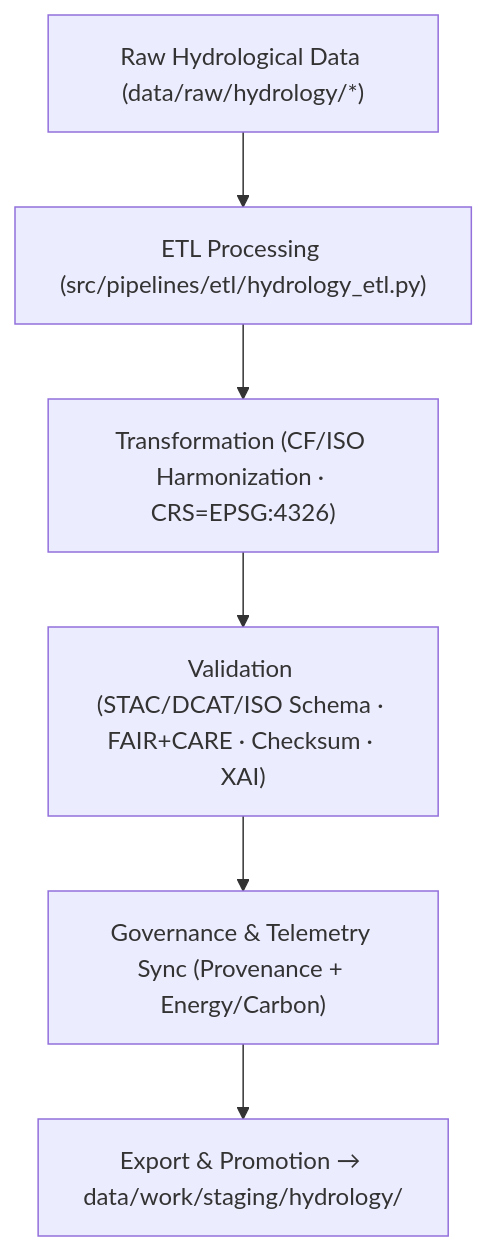
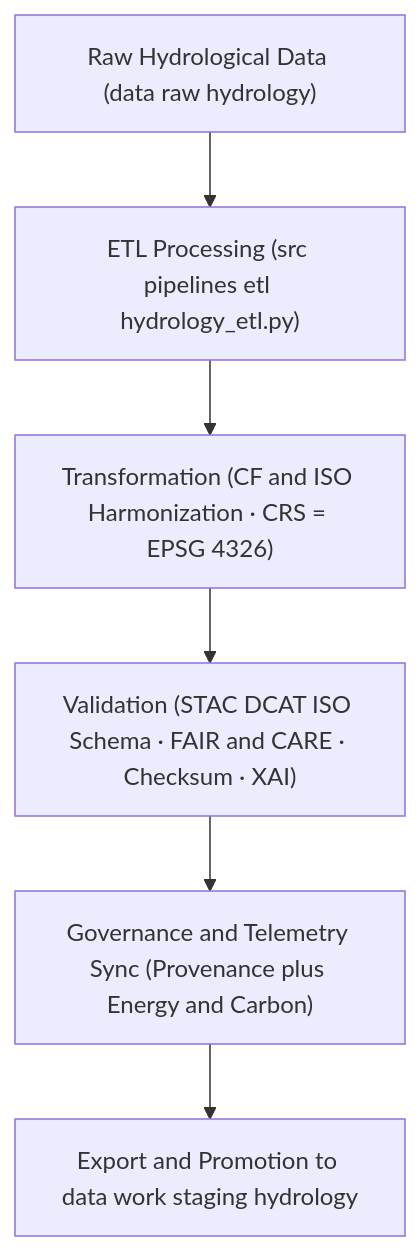
The diagram in data/work/tmp/hydrology/README.md (bartytime4life/Kansas-Frontier-Matrix), drawn with Mermaid before and after one commit. The commit also changed other lines of this file, not shown here.

````diff
--- a/data/work/tmp/hydrology/README.md
+++ b/data/work/tmp/hydrology/README.md
@@ -88,8 +95,8 @@
 ```mermaid
 flowchart TD
-    A["Raw Hydrological Data (data/raw/hydrology/*)"] --> B["ETL Processing (src/pipelines/etl/hydrology_etl.py)"]
-    B --> C["Transformation (CF/ISO Harmonization · CRS=EPSG:4326)"]
-    C --> D["Validation (STAC/DCAT/ISO Schema · FAIR+CARE · Checksum · XAI)"]
-    D --> E["Governance & Telemetry Sync (Provenance + Energy/Carbon)"]
-    E --> F["Export & Promotion → data/work/staging/hydrology/"]
+    A["Raw Hydrological Data (data raw hydrology)"] --> B["ETL Processing (src pipelines etl hydrology_etl.py)"]
+    B --> C["Transformation (CF and ISO Harmonization · CRS = EPSG 4326)"]
+    C --> D["Validation (STAC DCAT ISO Schema · FAIR and CARE · Checksum · XAI)"]
+    D --> E["Governance and Telemetry Sync (Provenance plus Energy and Carbon)"]
+    E --> F["Export and Promotion to data work staging hydrology"]
 ```
````
